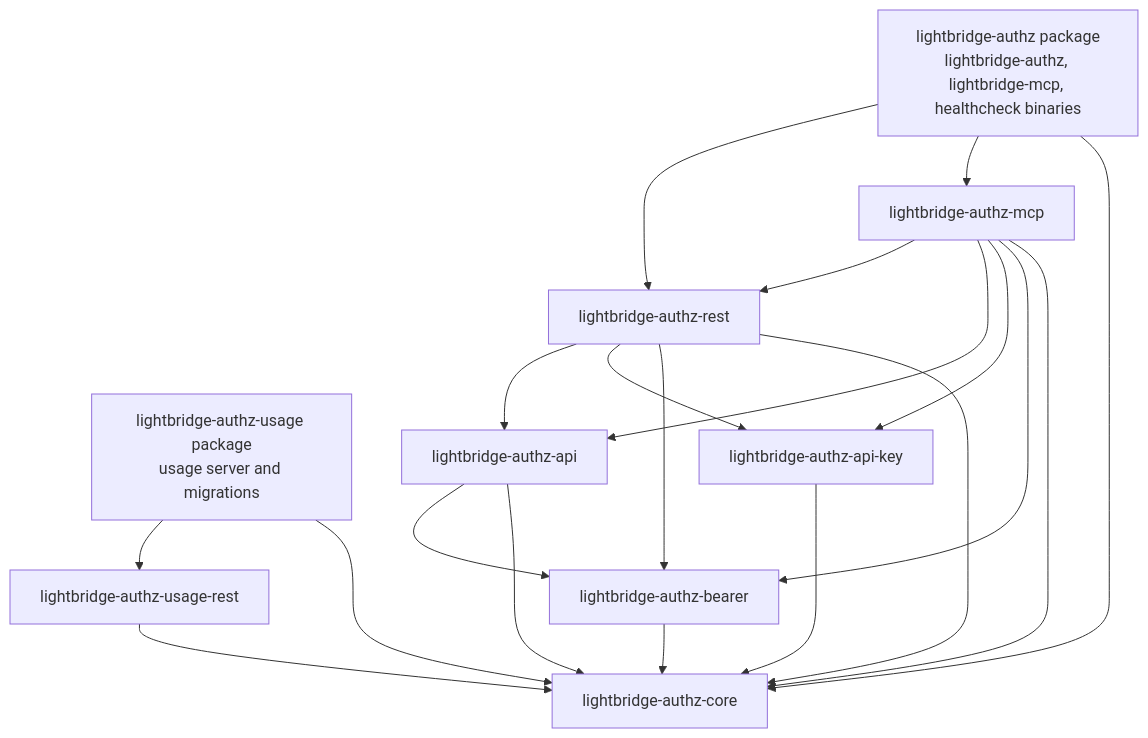
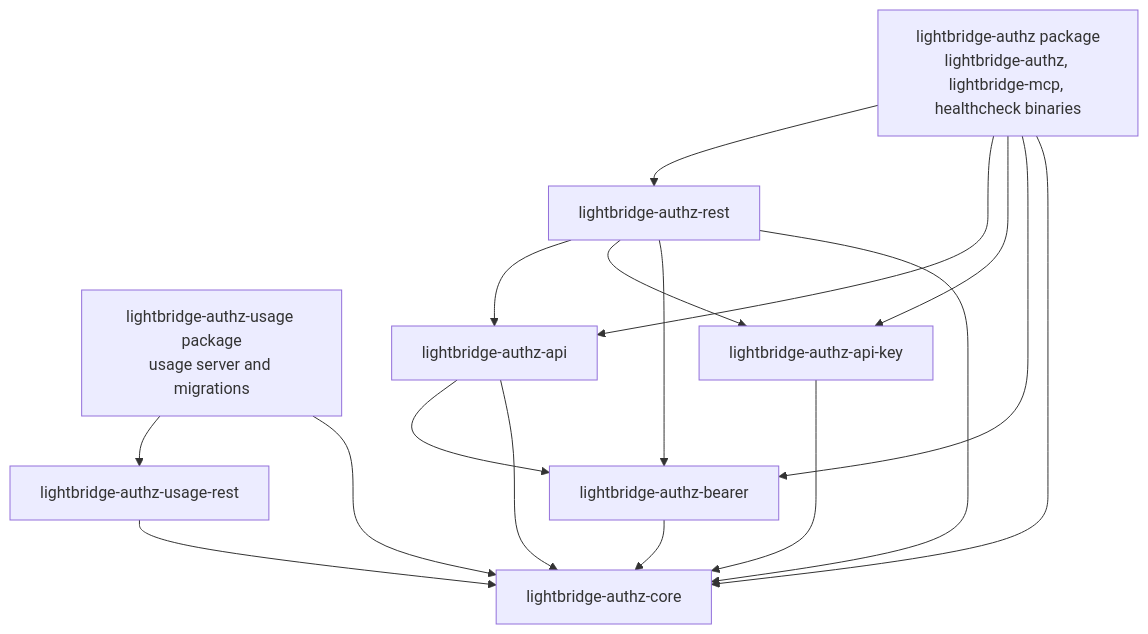
One commit to ADORSYS-GIS/lightbridge-authz changed the second of 5 diagrams in docs/architecture.md. Above: the diagram before and after it, drawn with Mermaid. The commit also changed other lines of this file and 10 other files, not shown here.

Commit message:
refactor: move mcp adapter into authz package

````diff
--- a/docs/architecture.md
+++ b/docs/architecture.md
@@ -58,34 +58,30 @@
 ```mermaid
 flowchart TB
     AuthzBin[lightbridge-authz package\nlightbridge-authz, lightbridge-mcp, healthcheck binaries]
     UsageBin[lightbridge-authz-usage package\nusage server and migrations]
 
     Rest[lightbridge-authz-rest]
-    Mcp[lightbridge-authz-mcp]
     Usage[lightbridge-authz-usage-rest]
     Api[lightbridge-authz-api]
     Repo[lightbridge-authz-api-key]
     Bearer[lightbridge-authz-bearer]
     Core[lightbridge-authz-core]
 
     AuthzBin --> Rest
-    AuthzBin --> Mcp
+    AuthzBin --> Api
+    AuthzBin --> Repo
+    AuthzBin --> Bearer
     AuthzBin --> Core
     UsageBin --> Usage
     UsageBin --> Core
 
-    Mcp --> Rest
-    Mcp --> Api
-    Mcp --> Repo
-    Mcp --> Bearer
-    Mcp --> Core
     Rest --> Api
     Rest --> Repo
     Rest --> Bearer
     Rest --> Core
     Api --> Bearer
     Api --> Core
     Repo --> Core
     Bearer --> Core
     Usage --> Core
 ```
````
